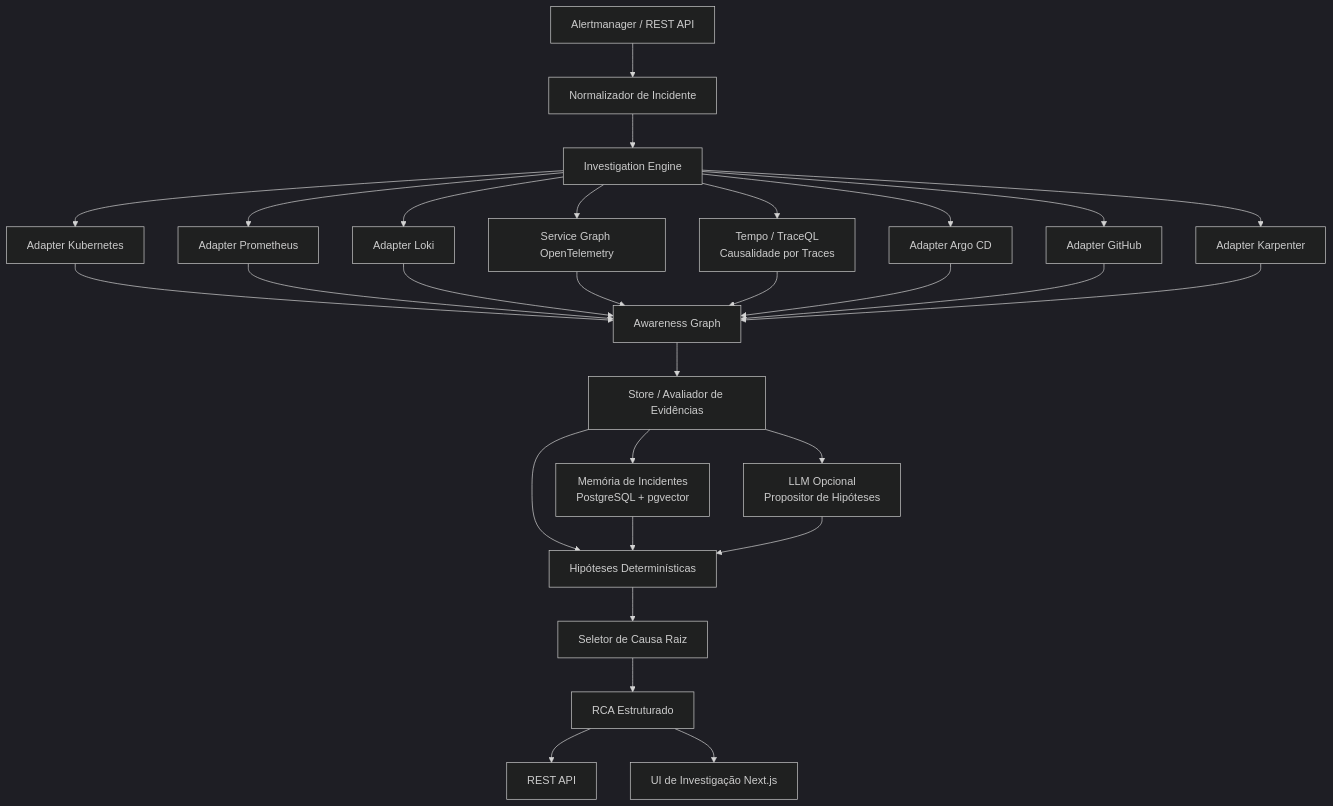
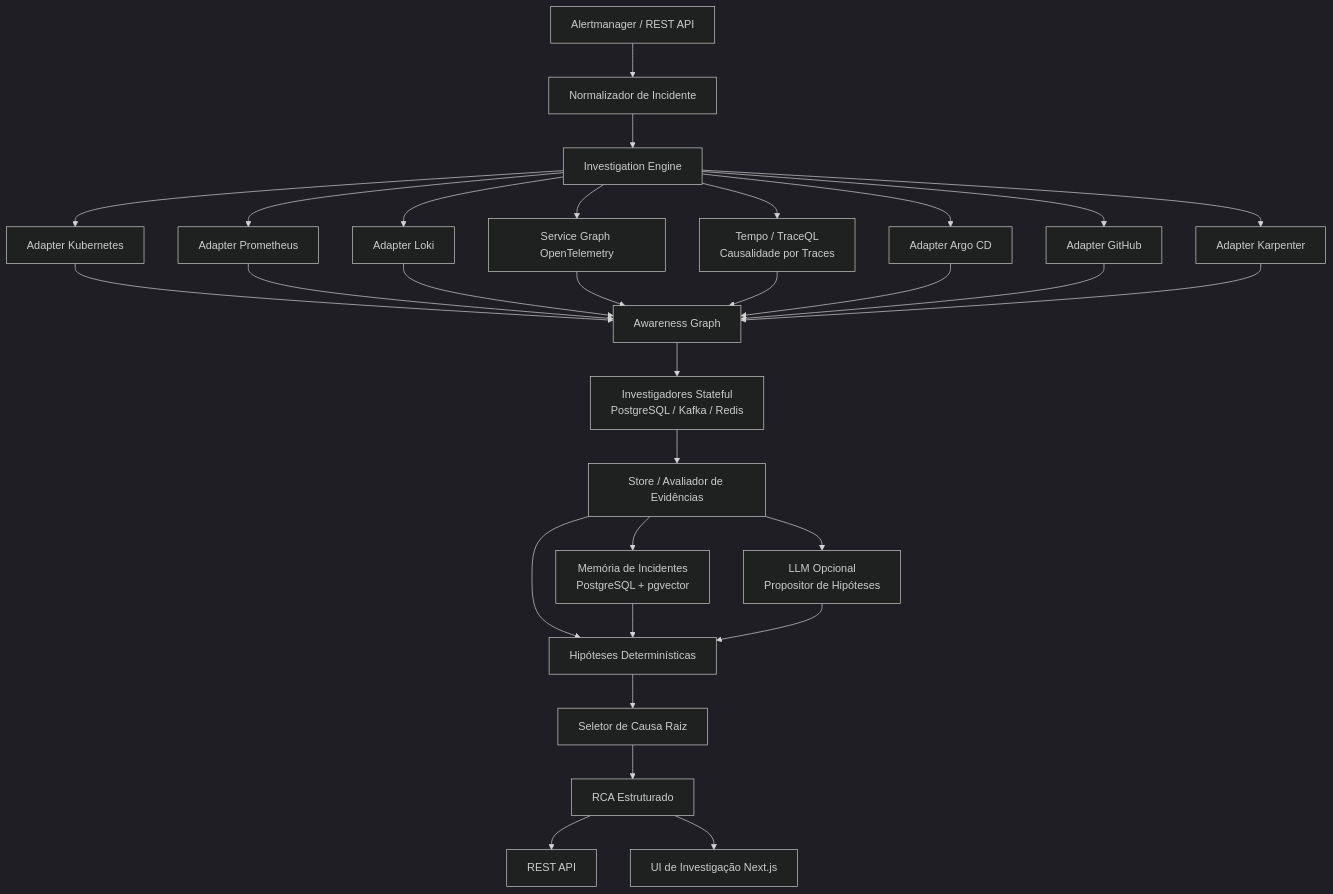
The first of 12 diagrams in docs/architecture.pt-BR.md (marcocristofolini/ai-sre-rca), drawn with Mermaid (dark theme) before and after one commit. The commit also changed other lines of this file, not shown here.

````diff
--- a/docs/architecture.pt-BR.md
+++ b/docs/architecture.pt-BR.md
@@ -7,35 +7,36 @@
 ```mermaid
 flowchart TD
     A[Alertmanager / REST API] --> N[Normalizador de Incidente]
     N --> I[Investigation Engine]
 
     I --> K[Adapter Kubernetes]
     I --> P[Adapter Prometheus]
     I --> L[Adapter Loki]
     I --> O[Service Graph OpenTelemetry]
     I --> T[Tempo / TraceQL<br/>Causalidade por Traces]
     I --> AR[Adapter Argo CD]
     I --> GH[Adapter GitHub]
     I --> KA[Adapter Karpenter]
 
     K --> G[Awareness Graph]
     P --> G
     L --> G
     O --> G
     T --> G
     AR --> G
     GH --> G
     KA --> G
 
-    G --> EV[Store / Avaliador de Evidências]
+    G --> SD[Investigadores Stateful<br/>PostgreSQL / Kafka / Redis]
+    SD --> EV[Store / Avaliador de Evidências]
     EV --> H[Hipóteses Determinísticas]
     EV --> MEM[Memória de Incidentes<br/>PostgreSQL + pgvector]
     EV --> LLM[LLM Opcional<br/>Propositor de Hipóteses]
 
     MEM --> H
     LLM --> H
     H --> RC[Seletor de Causa Raiz]
     RC --> RCA[RCA Estruturado]
     RCA --> API[REST API]
     RCA --> UI[UI de Investigação Next.js]
 ```
````
